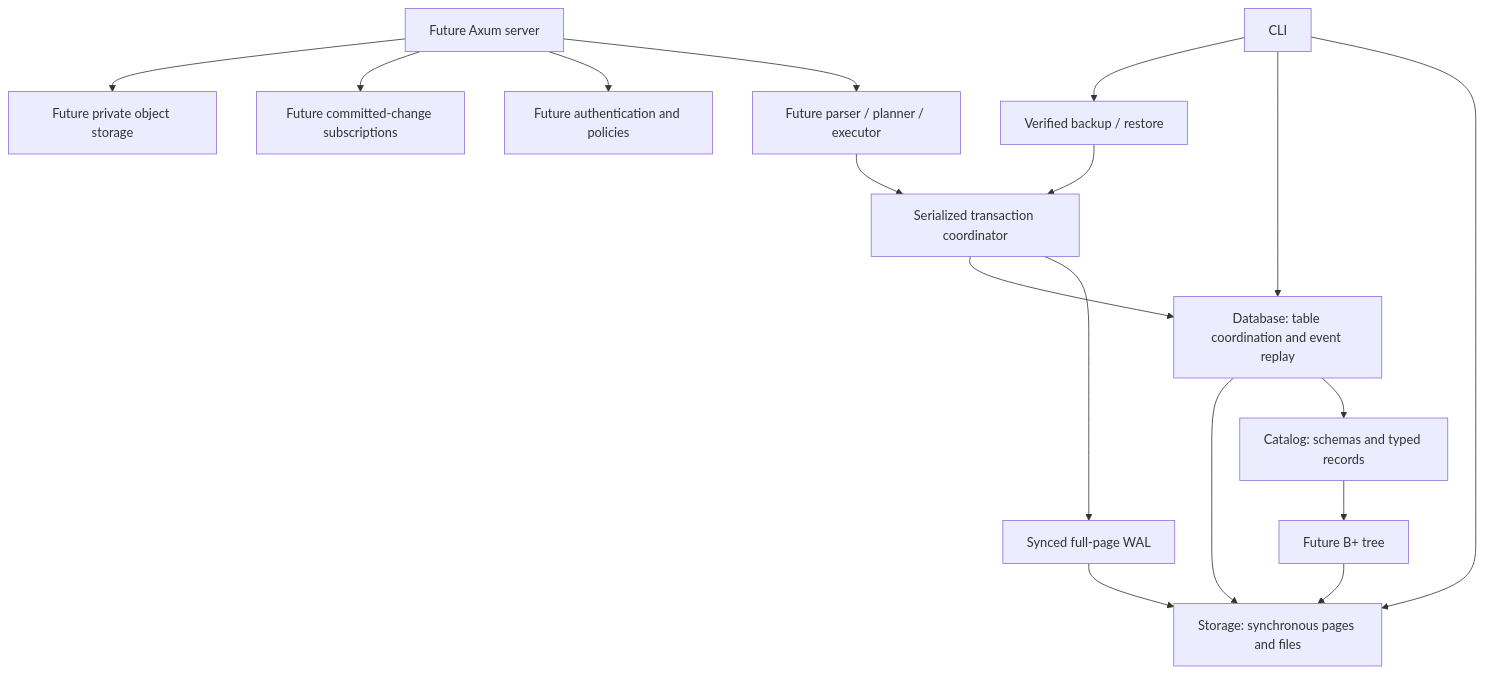
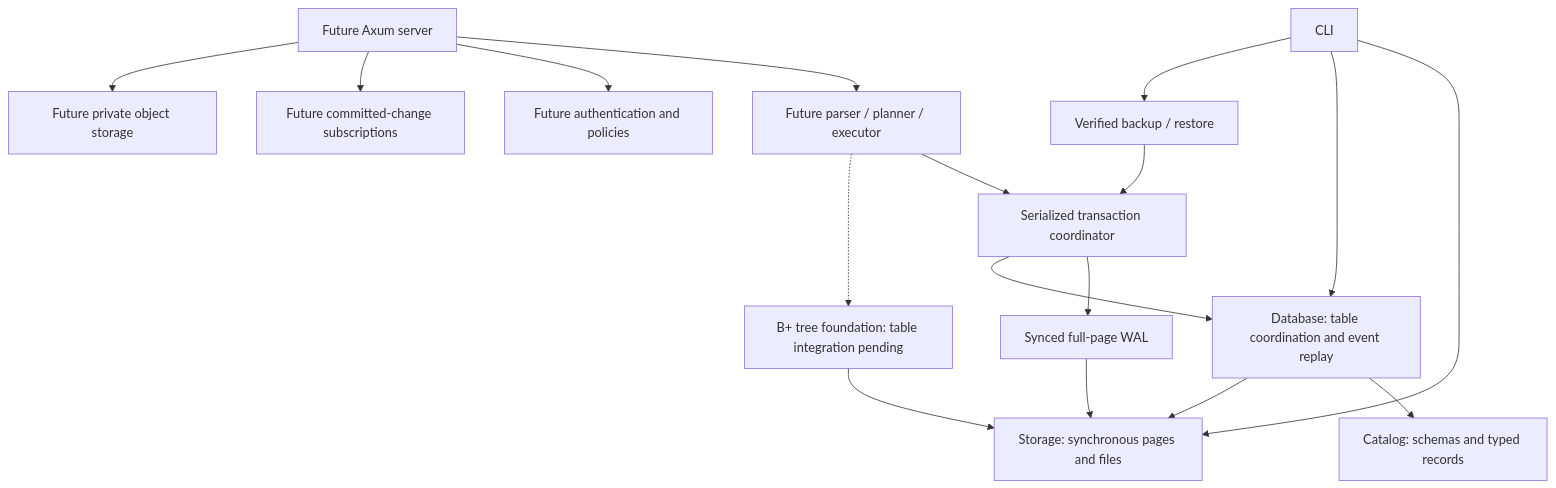
The diagram in docs/architecture.md (vantaeonx/EmilyBase), drawn with Mermaid before and after one commit. The commit also changed other lines of this file and 17 other files, not shown here.

Commit message:
feat(index): add original B+ tree with verified page images

````diff
--- a/docs/architecture.md
+++ b/docs/architecture.md
@@ -7,19 +7,19 @@
 ```mermaid
 flowchart TD
   CLI[CLI] --> Storage[Storage: synchronous pages and files]
   CLI --> Database[Database: table coordination and event replay]
   Database --> Catalog[Catalog: schemas and typed records]
   Database --> Storage
   HTTP[Future Axum server] --> Query[Future parser / planner / executor]
   Query --> Transactions[Serialized transaction coordinator]
   Transactions --> WAL[Synced full-page WAL]
   Transactions --> Database
-  Catalog --> Index[Future B+ tree]
+  Query -.-> Index[B+ tree foundation: table integration pending]
   Index --> Storage
   WAL --> Storage
   HTTP --> Auth[Future authentication and policies]
   HTTP --> Realtime[Future committed-change subscriptions]
   HTTP --> Objects[Future private object storage]
   CLI --> Backup[Verified backup / restore]
   Backup --> Transactions
 ```
````
